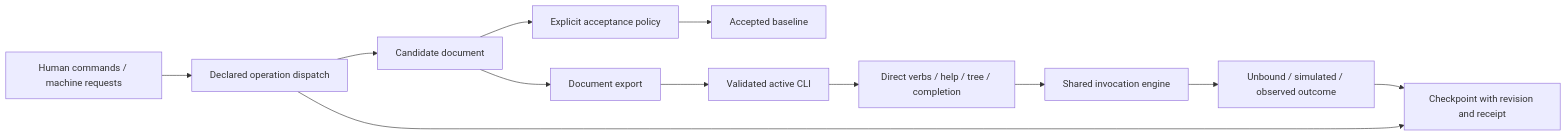
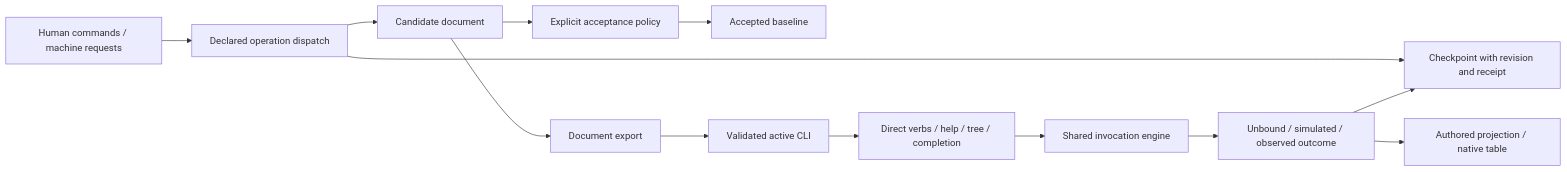
The second of 2 diagrams in docs/ARCHITECTURE.md (apnex/cli), drawn with Mermaid before and after one commit. The commit also changed other lines of this file and 88 other files, not shown here.

Commit message:
Render configured command outputs with native Rust views

````diff
--- a/docs/ARCHITECTURE.md
+++ b/docs/ARCHITECTURE.md
@@ -132,14 +133,15 @@
 ```mermaid
 flowchart LR
     input["Human commands / machine requests"] --> dispatch["Declared operation dispatch"]
     dispatch --> candidate["Candidate document"]
     candidate --> validation["Explicit acceptance policy"]
     validation --> accepted["Accepted baseline"]
     candidate --> export["Document export"]
     export --> activation["Validated active CLI"]
     activation --> routes["Direct verbs / help / tree / completion"]
     routes --> invocation["Shared invocation engine"]
     invocation --> outcomes["Unbound / simulated / observed outcome"]
     dispatch --> checkpoint["Checkpoint with revision and receipt"]
     outcomes --> checkpoint
+    outcomes --> views["Authored projection / native table"]
 ```
````
